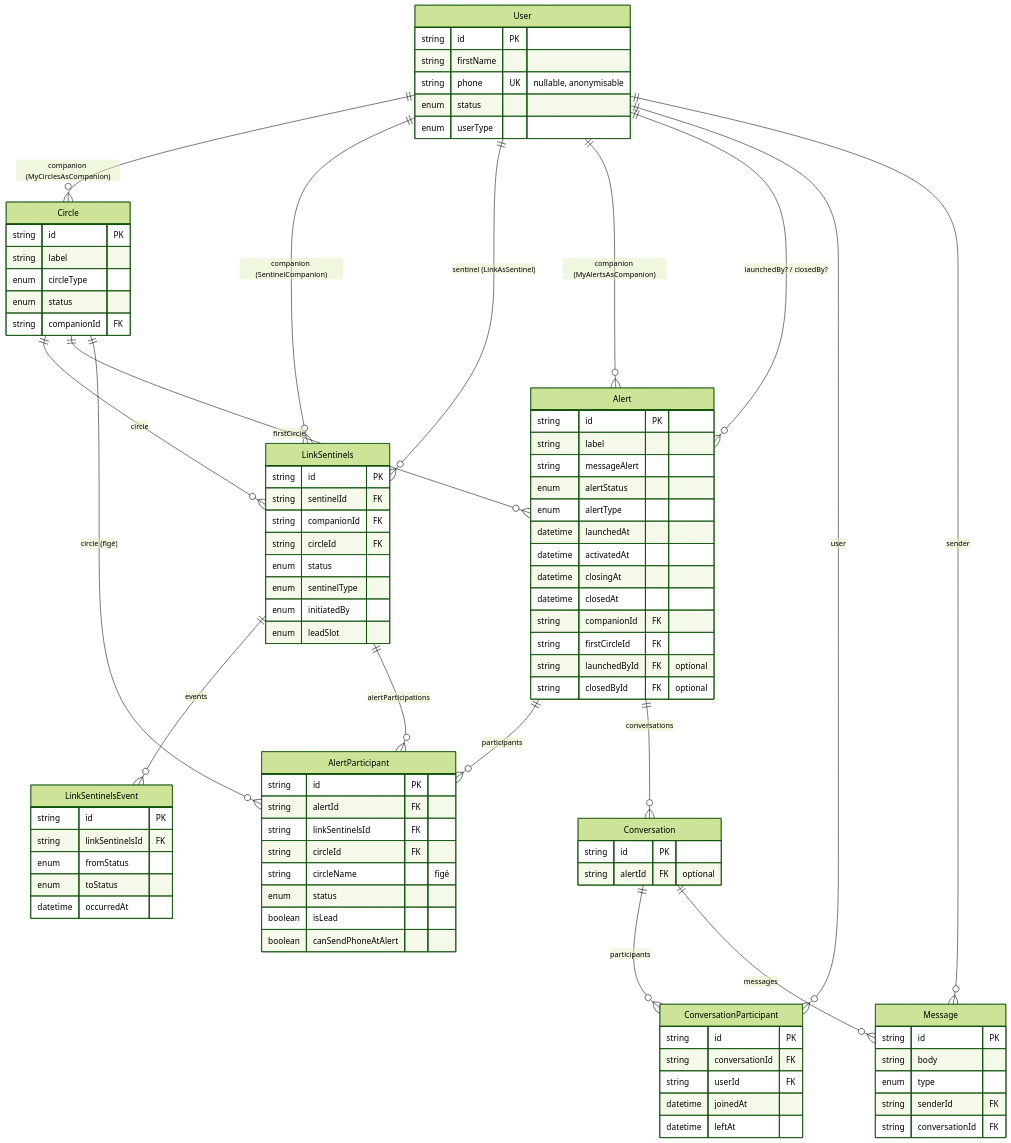
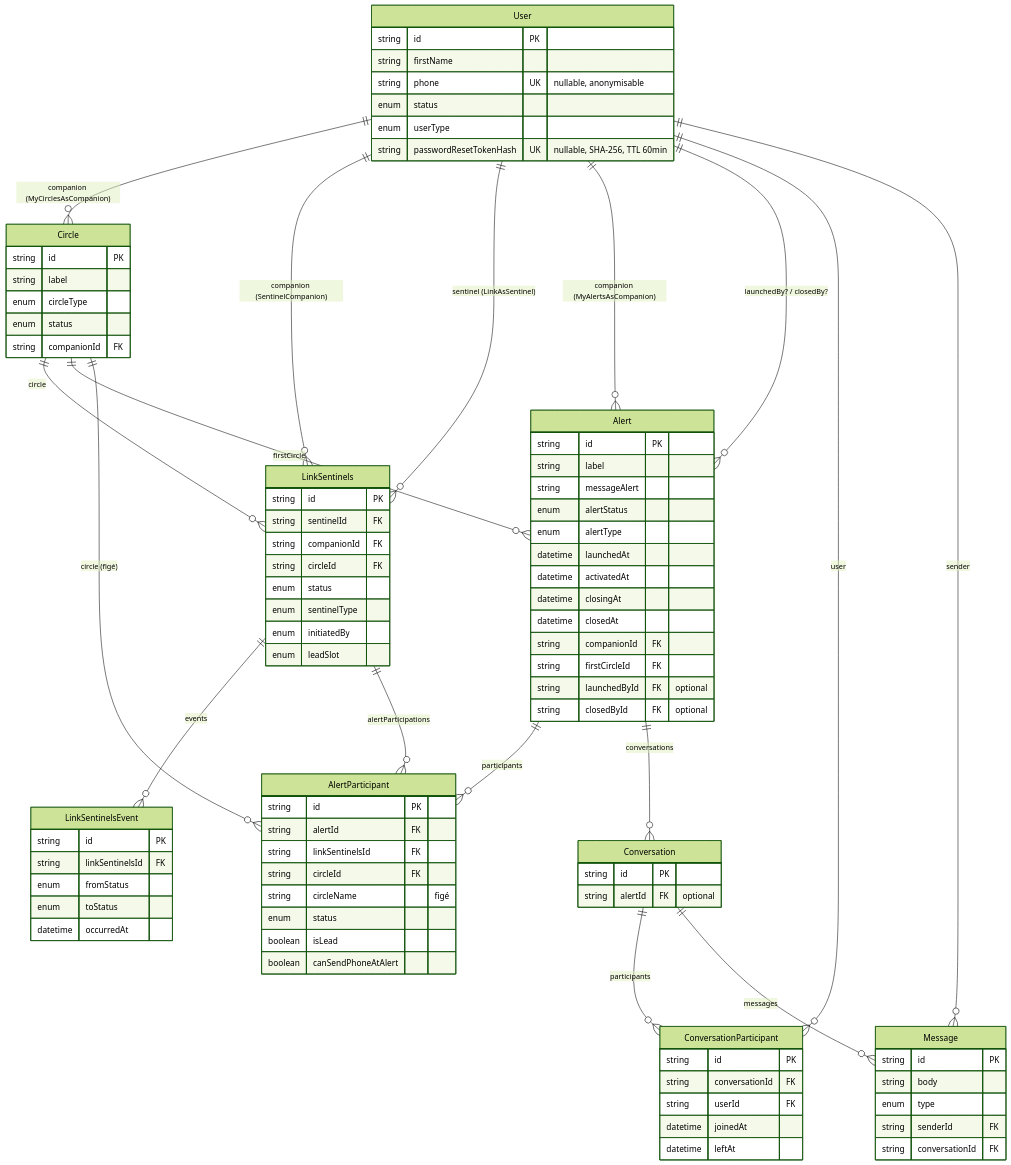
Before and after one commit to Sylvfo/MySentinelCircle: the first of 5 diagrams in backend/prisma/DB_schema.md, drawn with Mermaid (forest theme). The commit also changed other lines of this file and 25 other files, not shown here.

```diff
--- a/backend/prisma/DB_schema.md
+++ b/backend/prisma/DB_schema.md
@@ -32,6 +32,7 @@
     string phone UK "nullable, anonymisable"
     enum   status
     enum   userType
+    string passwordResetTokenHash UK "nullable, SHA-256, TTL 60min"
   }
 
   Circle {
```
